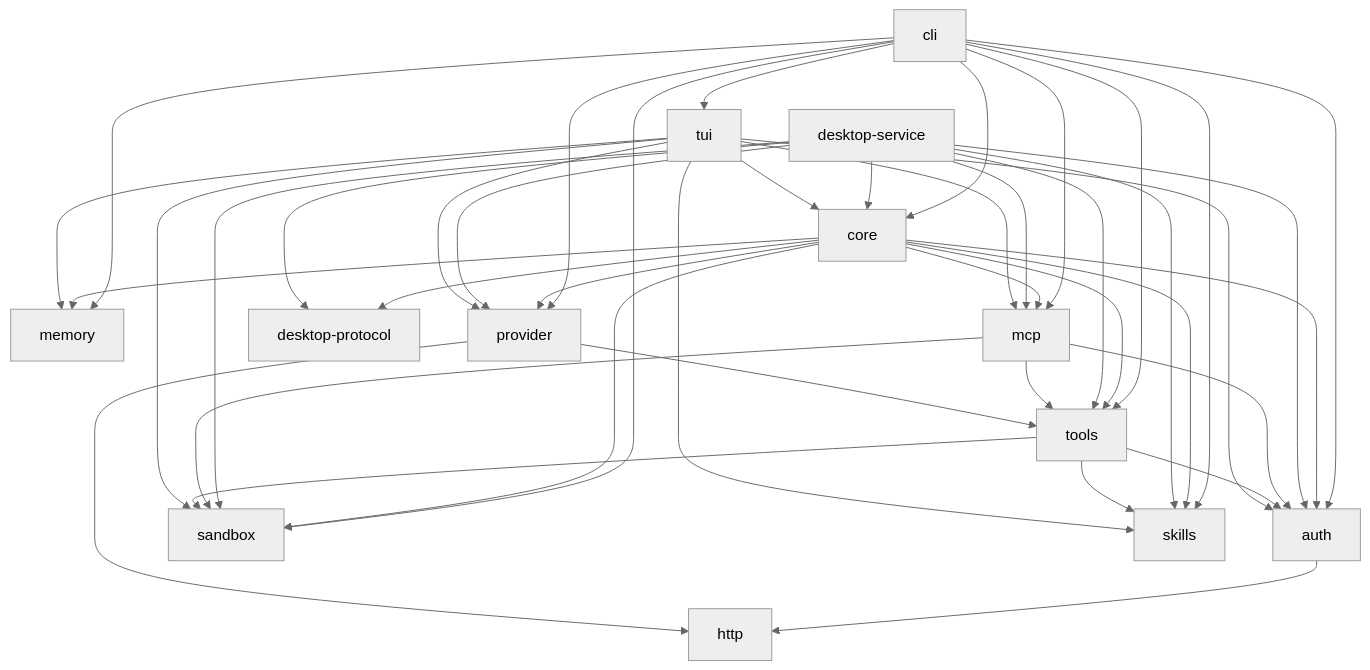
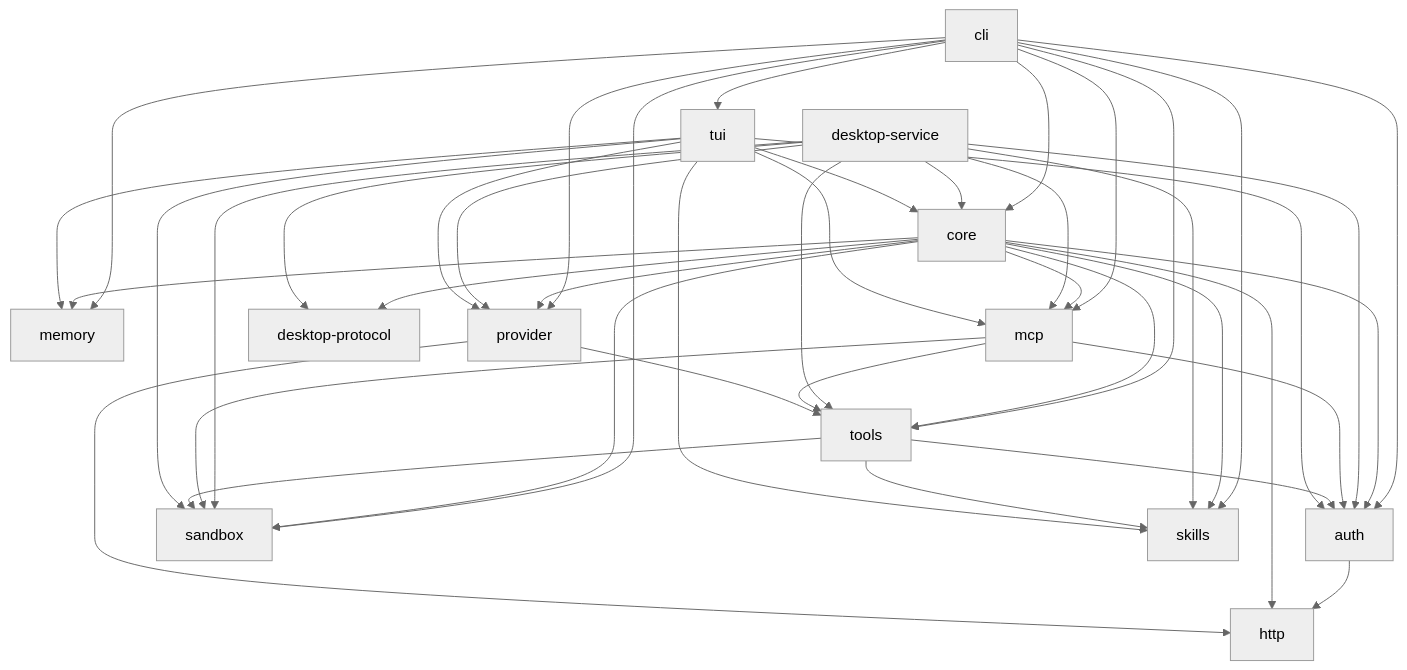
Before and after one commit to 4ltena/polaris: the diagram in docs/architecture.md, drawn with Mermaid (neutral theme). The commit also changed other lines of this file and 19 other files, not shown here.

````diff
--- a/docs/architecture.md
+++ b/docs/architecture.md
@@ -13,44 +13,45 @@
 ```mermaid
 graph TD
   auth --> http
   cli --> memory
   cli --> auth
   cli --> core
   cli --> mcp
   cli --> provider
   cli --> sandbox
   cli --> skills
   cli --> tools
   cli --> tui
   core --> auth
+  core --> http
   core --> desktop-protocol
   core --> provider
   core --> memory
   core --> mcp
   core --> sandbox
   core --> skills
   core --> tools
   desktop-service --> auth
   desktop-service --> tools
   desktop-service --> sandbox
   desktop-service --> mcp
   desktop-service --> skills
   desktop-service --> core
   desktop-service --> provider
   desktop-service --> desktop-protocol
   mcp --> tools
   mcp --> auth
   mcp --> sandbox
   provider --> tools
   provider --> http
   tools --> auth
   tools --> sandbox
   tools --> skills
   tui --> memory
   tui --> auth
   tui --> core
   tui --> mcp
   tui --> provider
   tui --> sandbox
   tui --> skills
 ```
````
